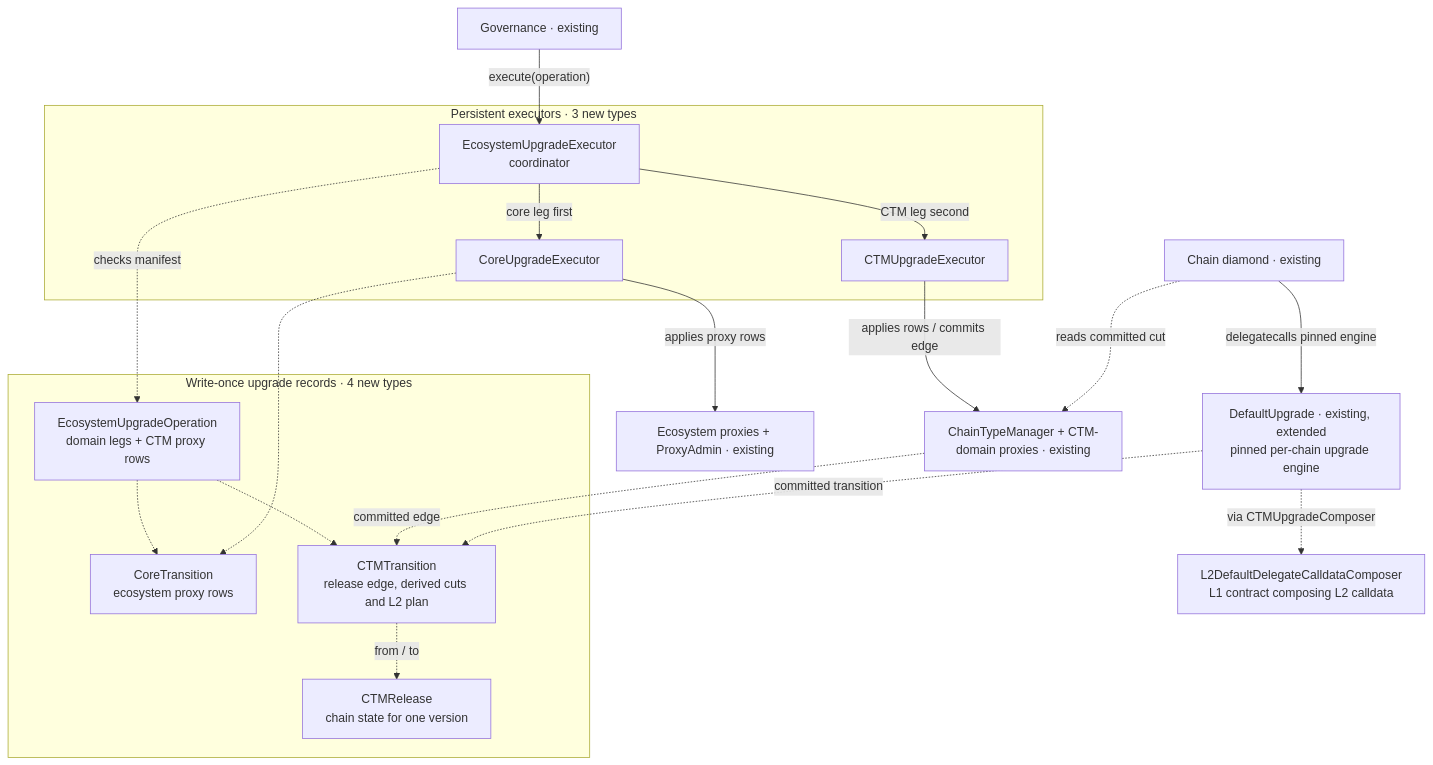
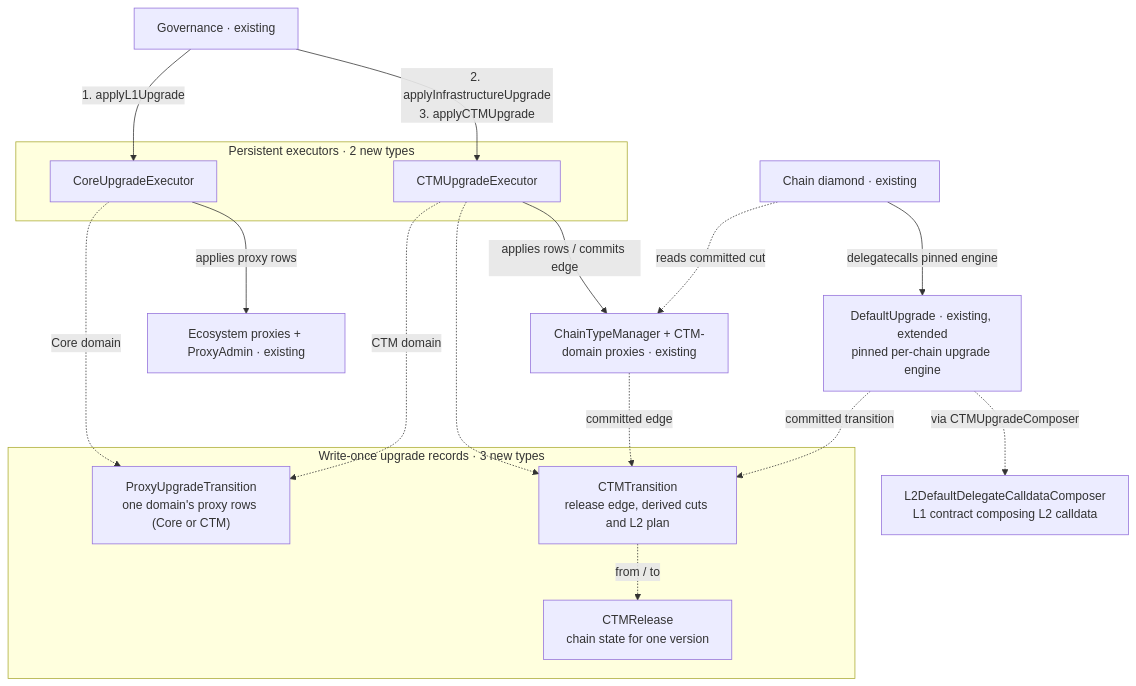
The first of 4 diagrams in README.md (matter-labs/era-contracts), drawn with Mermaid before and after one commit. The commit also changed other lines of this file and 120 other files, not shown here.

First line of the commit message:
refactor(registry): governance calls the domain executors directly

````diff
--- a/README.md
+++ b/README.md
@@ -62,36 +63,32 @@
 ```mermaid
 flowchart TB
     GOV["Governance · existing"]
-    subgraph AUTH["Persistent executors · 3 new types"]
-        COORD["EcosystemUpgradeExecutor<br/>coordinator"]
+    subgraph AUTH["Persistent executors · 2 new types"]
         CORE["CoreUpgradeExecutor"]
         CTMEXEC["CTMUpgradeExecutor"]
     end
-    subgraph OBJECTS["Write-once upgrade records · 4 new types"]
-        OP["EcosystemUpgradeOperation<br/>domain legs + CTM proxy rows"]
-        CR["CoreTransition<br/>ecosystem proxy rows"]
+    subgraph OBJECTS["Write-once upgrade records · 3 new types"]
+        PUT["ProxyUpgradeTransition<br/>one domain's proxy rows (Core or CTM)"]
         TR["CTMTransition<br/>release edge, derived cuts and L2 plan"]
         REL["CTMRelease<br/>chain state for one version"]
     end
     COMPOSER["L2DefaultDelegateCalldataComposer<br/>L1 contract composing L2 calldata"]
     ENGINE["DefaultUpgrade · existing, extended<br/>pinned per-chain upgrade engine"]
     PROXIES["Ecosystem proxies + ProxyAdmin · existing"]
     CTM["ChainTypeManager + CTM-domain proxies · existing"]
     CHAIN["Chain diamond · existing"]
 
-    GOV -->|"execute(operation)"| COORD
-    COORD -.->|"checks manifest"| OP
-    OP -.-> CR
-    OP -.-> TR
+    GOV -->|"1. applyL1Upgrade"| CORE
+    GOV -->|"2. applyInfrastructureUpgrade<br/>3. applyCTMUpgrade"| CTMEXEC
+    CORE -.->|"Core domain"| PUT
+    CTMEXEC -.->|"CTM domain"| PUT
+    CTMEXEC -.-> TR
     TR -.->|"from / to"| REL
-    COORD -->|"core leg first"| CORE
-    COORD -->|"CTM leg second"| CTMEXEC
-    CORE -.-> CR
     CORE -->|"applies proxy rows"| PROXIES
     CTMEXEC -->|"applies rows / commits edge"| CTM
     CTM -.->|"committed edge"| TR
     CHAIN -.->|"reads committed cut"| CTM
     CHAIN -->|"delegatecalls pinned engine"| ENGINE
     ENGINE -.->|"committed transition"| TR
     ENGINE -.->|"via CTMUpgradeComposer"| COMPOSER
 ```
````
